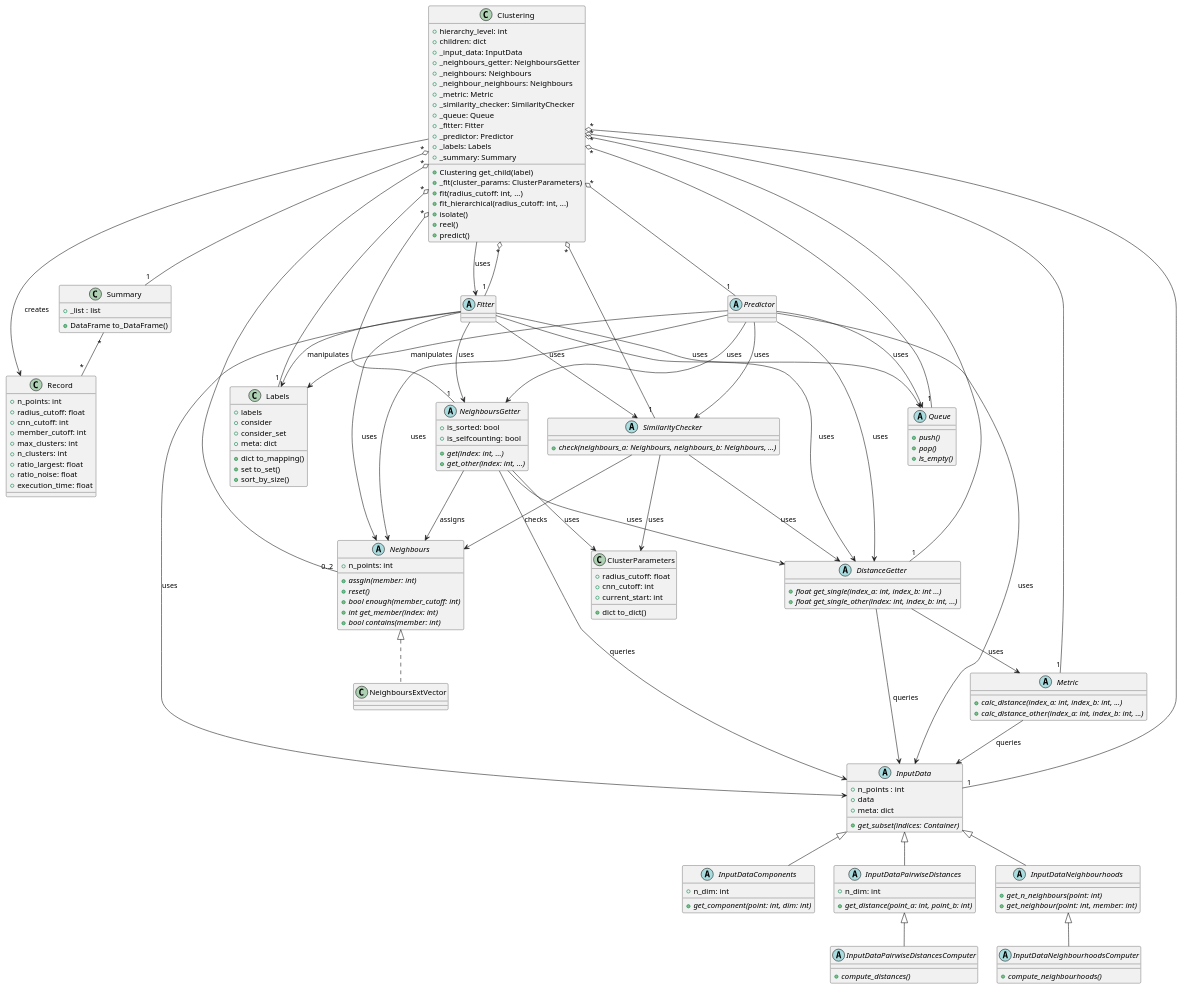
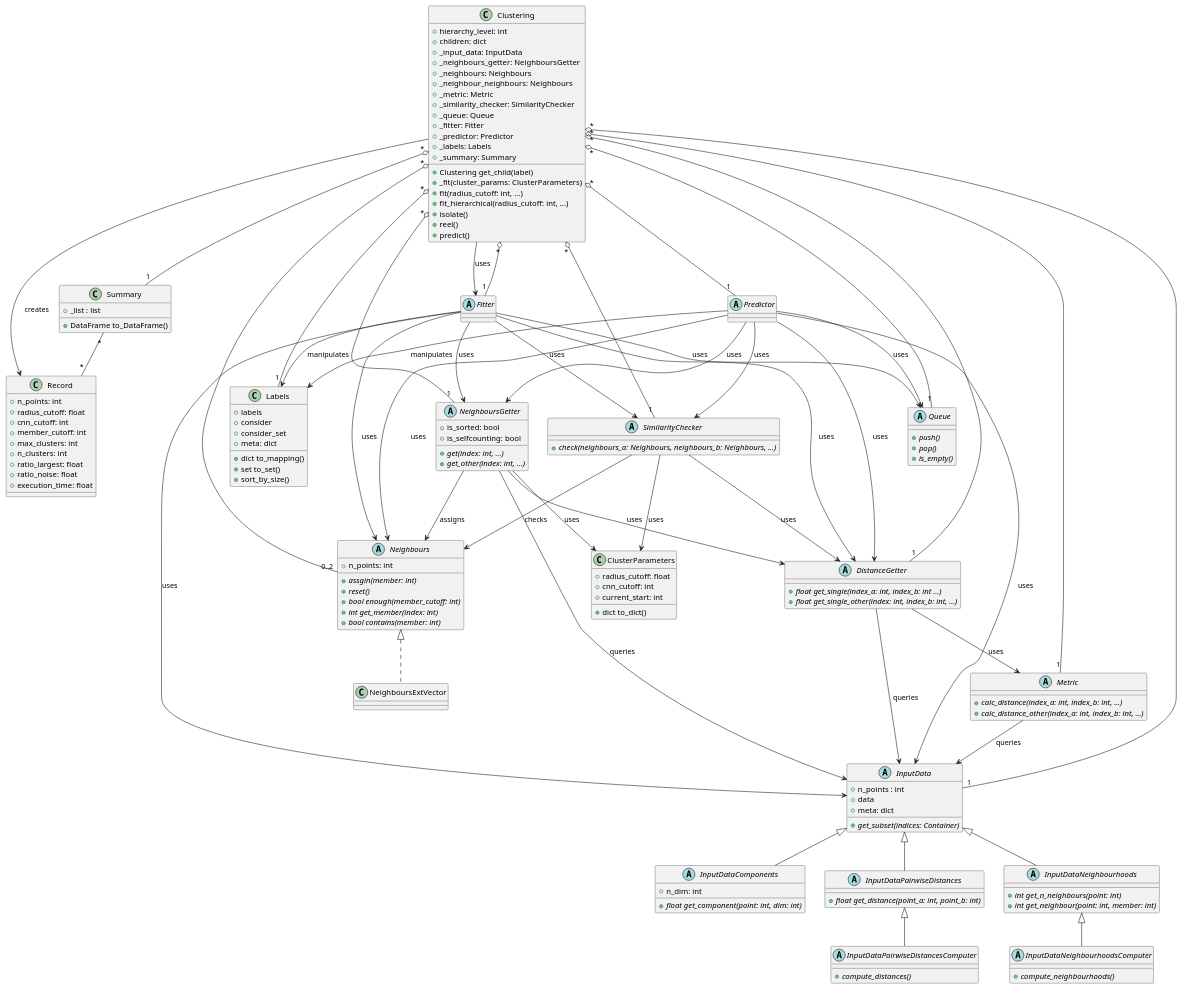
The diagram in docsrc/charts/classes.puml (janjoswig/CommonNNClustering), drawn with PlantUML before and after one commit. The commit also changed 19 other files, not shown here.

```diff
--- a/docsrc/charts/classes.puml
+++ b/docsrc/charts/classes.puml
@@ -1,189 +1,188 @@
 @startuml
 
 class Clustering {
     + hierarchy_level: int
     + children: dict
     + _input_data: InputData
     + _neighbours_getter: NeighboursGetter
     + _neighbours: Neighbours
     + _neighbour_neighbours: Neighbours
     + _metric: Metric
     + _similarity_checker: SimilarityChecker
     + _queue: Queue
     + _fitter: Fitter
     + _predictor: Predictor
     + _labels: Labels
     + _summary: Summary
     + Clustering get_child(label)
     + _fit(cluster_params: ClusterParameters)
     + fit(radius_cutoff: int, ...)
     + fit_hierarchical(radius_cutoff: int, ...)
     + isolate()
     + reel()
     + predict()
 }
 
 class Summary {
     + _list : list
     + DataFrame to_DataFrame()
 }
 
 class Record {
     + n_points: int
     + radius_cutoff: float
     + cnn_cutoff: int
     + member_cutoff: int
     + max_clusters: int
     + n_clusters: int
     + ratio_largest: float
     + ratio_noise: float
     + execution_time: float
 }
 
 class ClusterParameters {
     + radius_cutoff: float
     + cnn_cutoff: int
     + current_start: int
     + dict to_dict()
 }
 
 class Labels {
     + labels
     + consider
     + consider_set
     + meta: dict
     + dict to_mapping()
     + set to_set()
     + sort_by_size()
 }
 
 abstract class Neighbours {
   + n_points: int
   + {abstract} assgin(member: int)
   + {abstract} reset()
   + {abstract} bool enough(member_cutoff: int)
   + {abstract} int get_member(index: int)
   + {abstract} bool contains(member: int)
 }
 
 class NeighboursExtVector
 
 Neighbours <|.. NeighboursExtVector
 
 abstract class InputData {
   + n_points : int
   + data
   + meta: dict
   + {abstract} get_subset(indices: Container)
 }
 
 abstract class InputDataComponents {
   + n_dim: int
-  + {abstract} get_component(point: int, dim: int)
+  + {abstract} float get_component(point: int, dim: int)
 }
 
 abstract class InputDataPairwiseDistances {
-  + n_dim: int
-  + {abstract} get_distance(point_a: int, point_b: int)
+  + {abstract} float get_distance(point_a: int, point_b: int)
 }
 
 abstract class InputDataPairwiseDistancesComputer {
   + {abstract} compute_distances()
 }
 
 abstract class InputDataNeighbourhoods {
-  + {abstract} get_n_neighbours(point: int)
-  + {abstract} get_neighbour(point: int, member: int)
+  + {abstract} int get_n_neighbours(point: int)
+  + {abstract} int get_neighbour(point: int, member: int)
 }
 
 abstract class InputDataNeighbourhoodsComputer {
   + {abstract} compute_neighbourhoods()
 }
 
 InputData <|-- InputDataComponents
 InputData <|-- InputDataPairwiseDistances
 InputData <|-- InputDataNeighbourhoods
 InputDataNeighbourhoods <|-- InputDataNeighbourhoodsComputer
 InputDataPairwiseDistances <|-- InputDataPairwiseDistancesComputer
 
 abstract class Metric {
   + {abstract} calc_distance(index_a: int, index_b: int, ...)
   + {abstract} calc_distance_other(index_a: int, index_b: int, ...)
 }
 
 abstract class NeighboursGetter {
   + is_sorted: bool
   + is_selfcounting: bool
   + {abstract} get(index: int, ...)
   + {abstract} get_other(index: int, ...)
 }
 
 abstract class DistanceGetter {
   + {abstract} float get_single(index_a: int, index_b: int ...)
   + {abstract} float get_single_other(index: int, index_b: int, ...)
 }
 
 abstract class SimilarityChecker {
   + {abstract} check(neighbours_a: Neighbours, neighbours_b: Neighbours, ...)
 }
 
 abstract class Queue {
   + {abstract} push()
   + {abstract} pop()
   + {abstract} is_empty()
 }
 
 abstract class Fitter {
 }
 
 abstract class Predictor {
 }
 
 Clustering "*" o-- "1" InputData
 Clustering "*" o-- "1" DistanceGetter
 Clustering "*" o-- "1" NeighboursGetter
 Clustering "*" o-- "0..2" Neighbours
 Clustering "*" o-- "1" Metric
 Clustering "*" o-- "1" SimilarityChecker
 Clustering "*" o-- "1" Queue
 Clustering "*" o-- "1" Fitter
 Clustering "*" o-- "1" Predictor
 Clustering "*" o-- "1" Labels
 Clustering "*" o-- "1" Summary
 
 Clustering --> Record : creates
 Clustering --> Fitter : uses
 
 NeighboursGetter --> Neighbours : assigns
 NeighboursGetter --> InputData : queries
 NeighboursGetter --> DistanceGetter : uses
 NeighboursGetter --> ClusterParameters : uses
 
 DistanceGetter --> InputData : queries
 DistanceGetter --> Metric : uses
 
 SimilarityChecker --> Neighbours : checks
 SimilarityChecker --> DistanceGetter : uses
 SimilarityChecker --> ClusterParameters : uses
 
 Metric --> InputData : queries
 
 Fitter --> InputData : uses
 Fitter --> NeighboursGetter : uses
 Fitter --> Neighbours : uses
 Fitter --> DistanceGetter : uses
 Fitter --> SimilarityChecker : uses
 Fitter --> Queue : uses
 Fitter --> Labels : manipulates
 
 Predictor --> InputData : uses
 Predictor --> NeighboursGetter : uses
 Predictor --> Neighbours : uses
 Predictor --> DistanceGetter : uses
 Predictor --> SimilarityChecker : uses
 Predictor --> Queue : uses
 Predictor --> Labels : manipulates
 
 Summary "*" -- "*" Record
 
 @enduml
```
